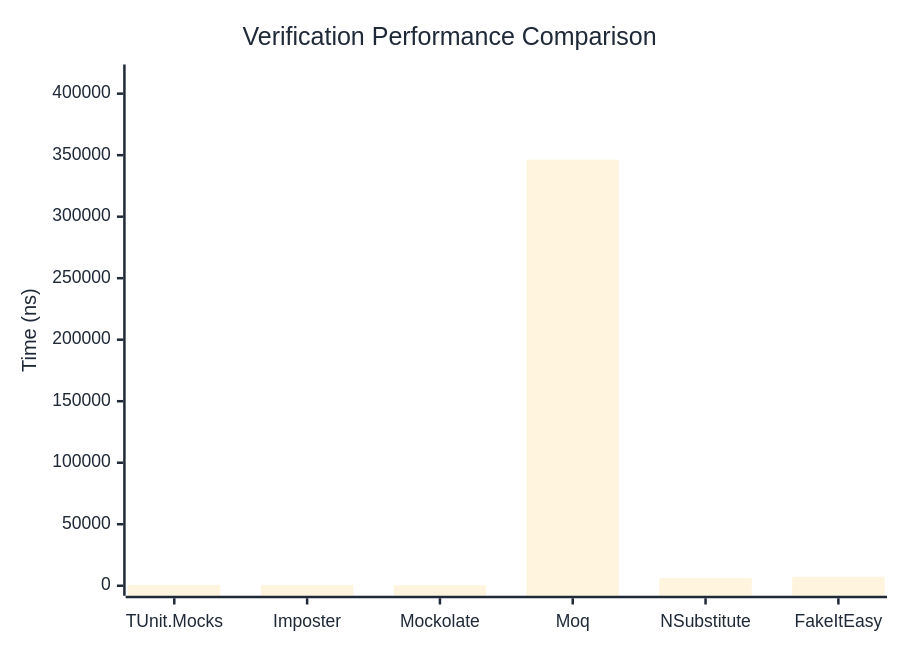
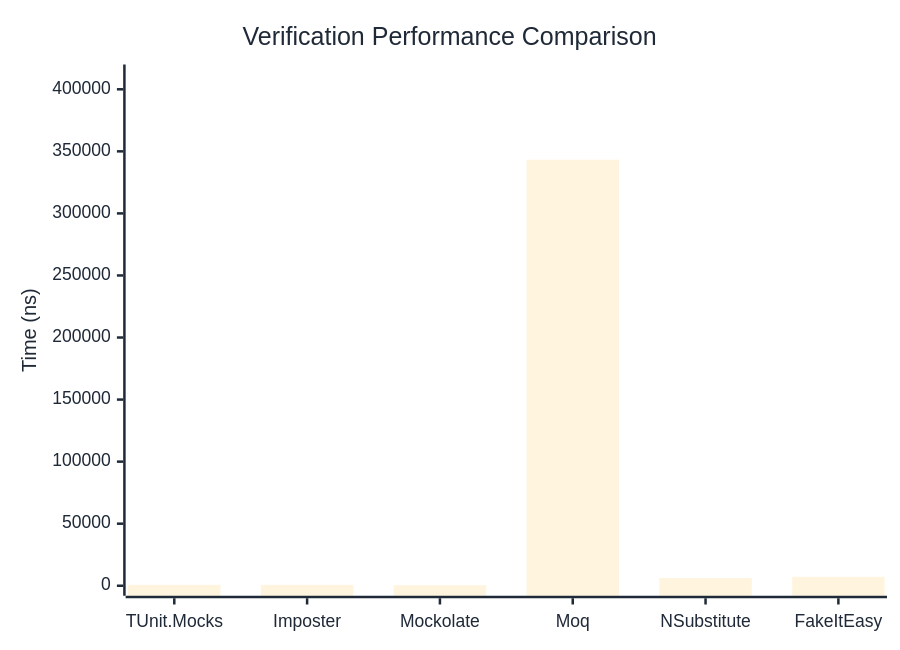
One commit to thomhurst/TUnit changed the first of 3 diagrams in docs/docs/benchmarks/mocks/Verification.md. Above: the diagram before and after it, drawn with Mermaid. The commit also changed other lines of this file and 14 other files, not shown here.

````diff
--- a/docs/docs/benchmarks/mocks/Verification.md
+++ b/docs/docs/benchmarks/mocks/Verification.md
@@ -28,27 +28,27 @@
 ```mermaid
 %%{init: {
   'theme':'base',
   'themeVariables': {
     'primaryColor': '#2563eb',
     'primaryTextColor': '#1f2937',
     'primaryBorderColor': '#1e40af',
     'lineColor': '#6b7280',
     'secondaryColor': '#7c3aed',
     'tertiaryColor': '#dc2626',
     'background': '#ffffff',
     'pie1': '#2563eb',
     'pie2': '#7c3aed',
     'pie3': '#dc2626',
     'pie4': '#f59e0b',
     'pie5': '#10b981',
     'pie6': '#06b6d4',
     'pie7': '#ec4899',
     'pie8': '#6366f1'
   }
 }}%%
 xychart-beta
   title "Verification Performance Comparison"
   x-axis ["TUnit.Mocks", "Imposter", "Mockolate", "Moq", "NSubstitute", "FakeItEasy"]
-  y-axis "Time (ns)" 0 --> 415579
-  bar [733.68, 693.6, 409.47, 346315.18, 6314.81, 7314.49]
+  y-axis "Time (ns)" 0 --> 411918
+  bar [684.54, 682.82, 413.12, 343264.62, 6181.42, 7205.94]
 ```
````
